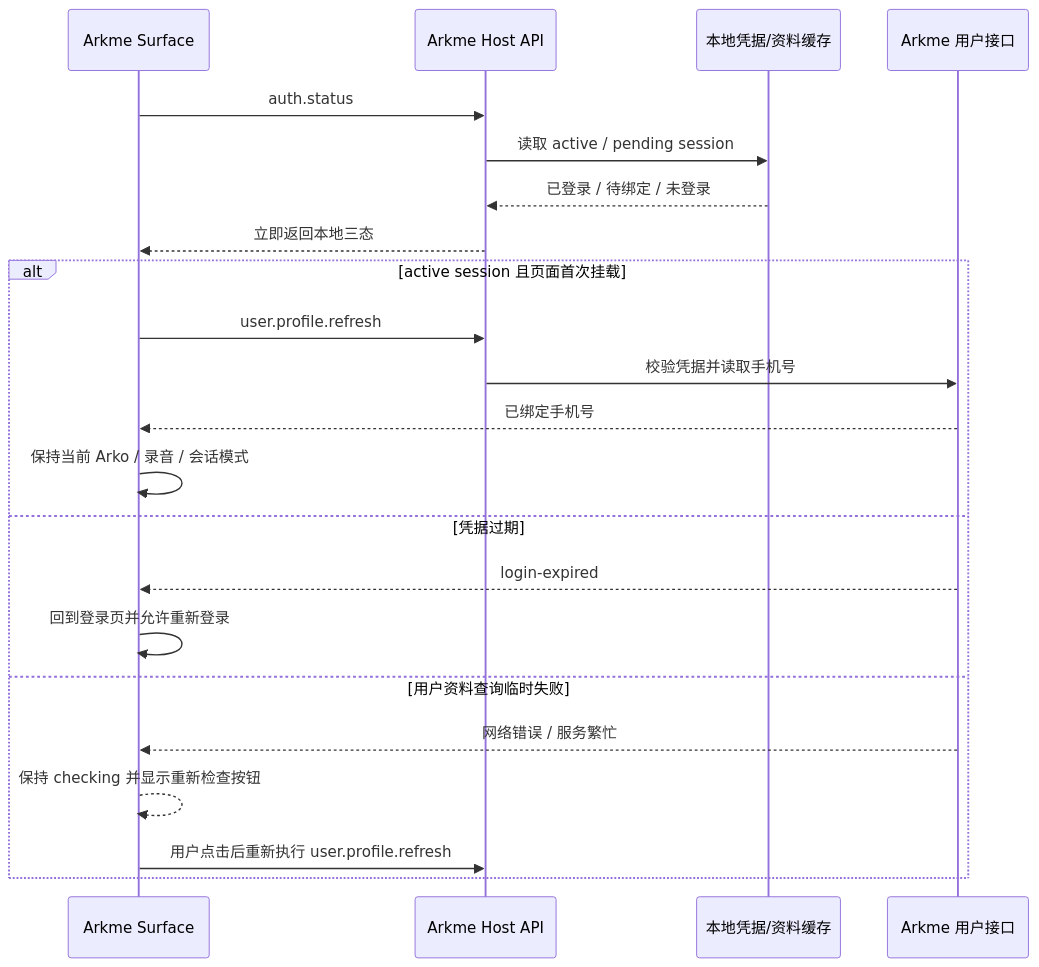
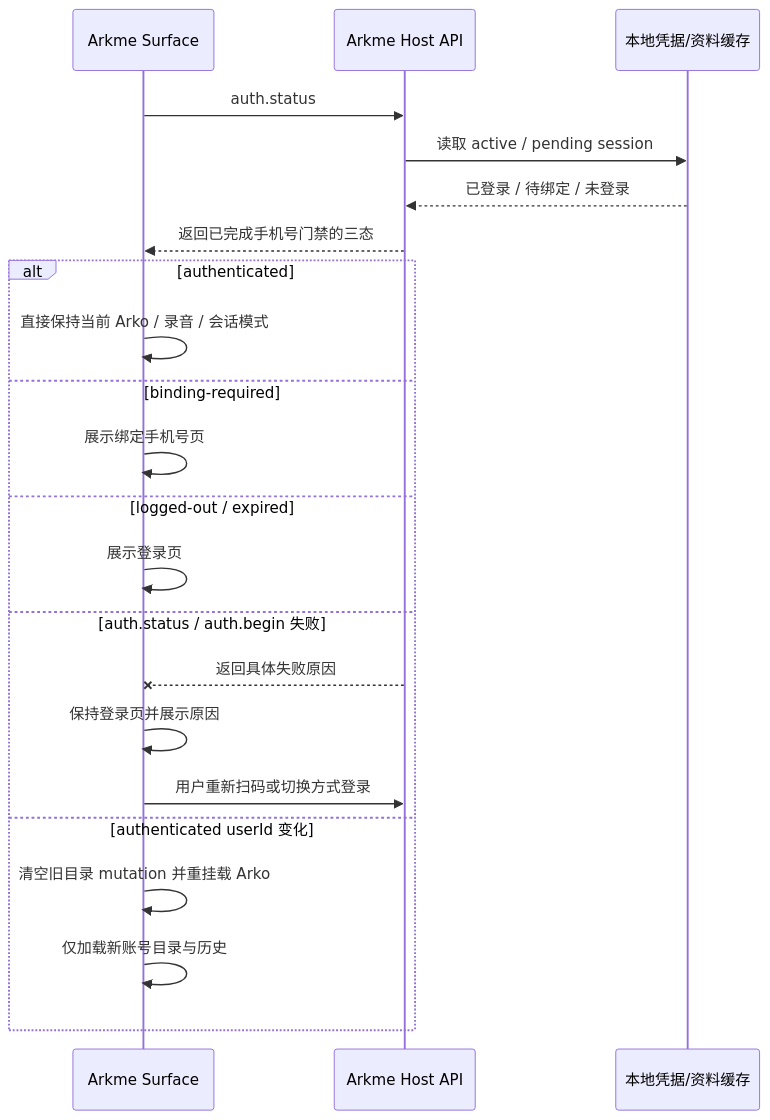
Before and after one commit to arkme-senx/arkme-dsh-plugin: the fifth of 5 diagrams in docs/superpowers/plans/2026-08-19-arkme-arko-entry.md, drawn with Mermaid. The commit also changed other lines of this file and 13 other files, not shown here.

````diff
--- a/docs/superpowers/plans/2026-08-19-arkme-arko-entry.md
+++ b/docs/superpowers/plans/2026-08-19-arkme-arko-entry.md
@@ -137,25 +163,25 @@
 ```mermaid
 sequenceDiagram
   participant UI as Arkme Surface
   participant Host as Arkme Host API
   participant Store as 本地凭据/资料缓存
-  participant Auth as Arkme 用户接口
 
   UI->>Host: auth.status
   Host->>Store: 读取 active / pending session
   Store-->>Host: 已登录 / 待绑定 / 未登录
-  Host-->>UI: 立即返回本地三态
-  alt active session 且页面首次挂载
-    UI->>Host: user.profile.refresh
-    Host->>Auth: 校验凭据并读取手机号
-    Auth-->>UI: 已绑定手机号
-    UI->>UI: 保持当前 Arko / 录音 / 会话模式
-  else 凭据过期
-    Auth-->>UI: login-expired
-    UI->>UI: 回到登录页并允许重新登录
-  else 用户资料查询临时失败
-    Auth-->>UI: 网络错误 / 服务繁忙
-    UI-->>UI: 保持 checking 并显示重新检查按钮
-    UI->>Host: 用户点击后重新执行 user.profile.refresh
+  Host-->>UI: 返回已完成手机号门禁的三态
+  alt authenticated
+    UI->>UI: 直接保持当前 Arko / 录音 / 会话模式
+  else binding-required
+    UI->>UI: 展示绑定手机号页
+  else logged-out / expired
+    UI->>UI: 展示登录页
+  else auth.status / auth.begin 失败
+    Host--xUI: 返回具体失败原因
+    UI->>UI: 保持登录页并展示原因
+    UI->>Host: 用户重新扫码或切换方式登录
+  else authenticated userId 变化
+    UI->>UI: 清空旧目录 mutation 并重挂载 Arko
+    UI->>UI: 仅加载新账号目录与历史
   end
 ```
````
